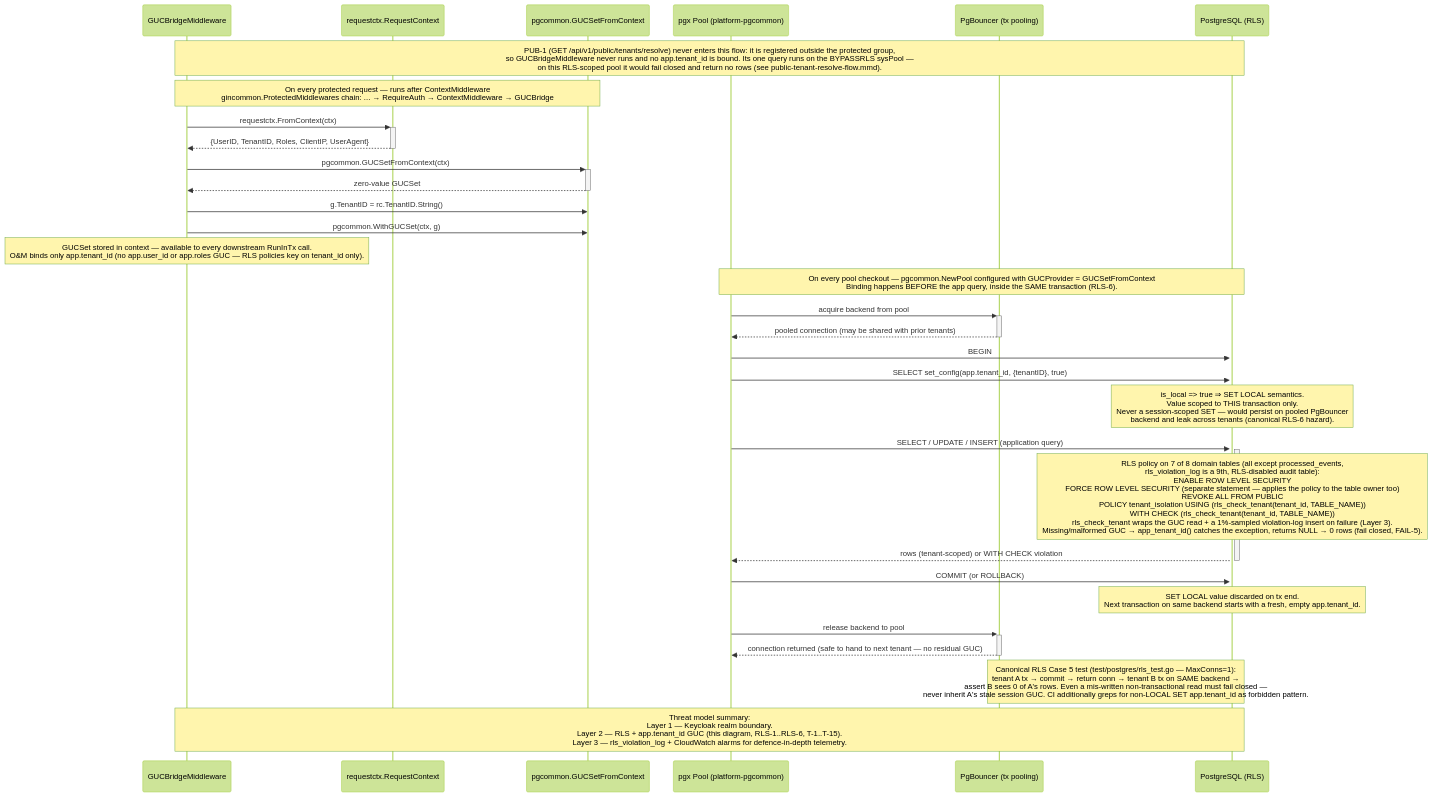
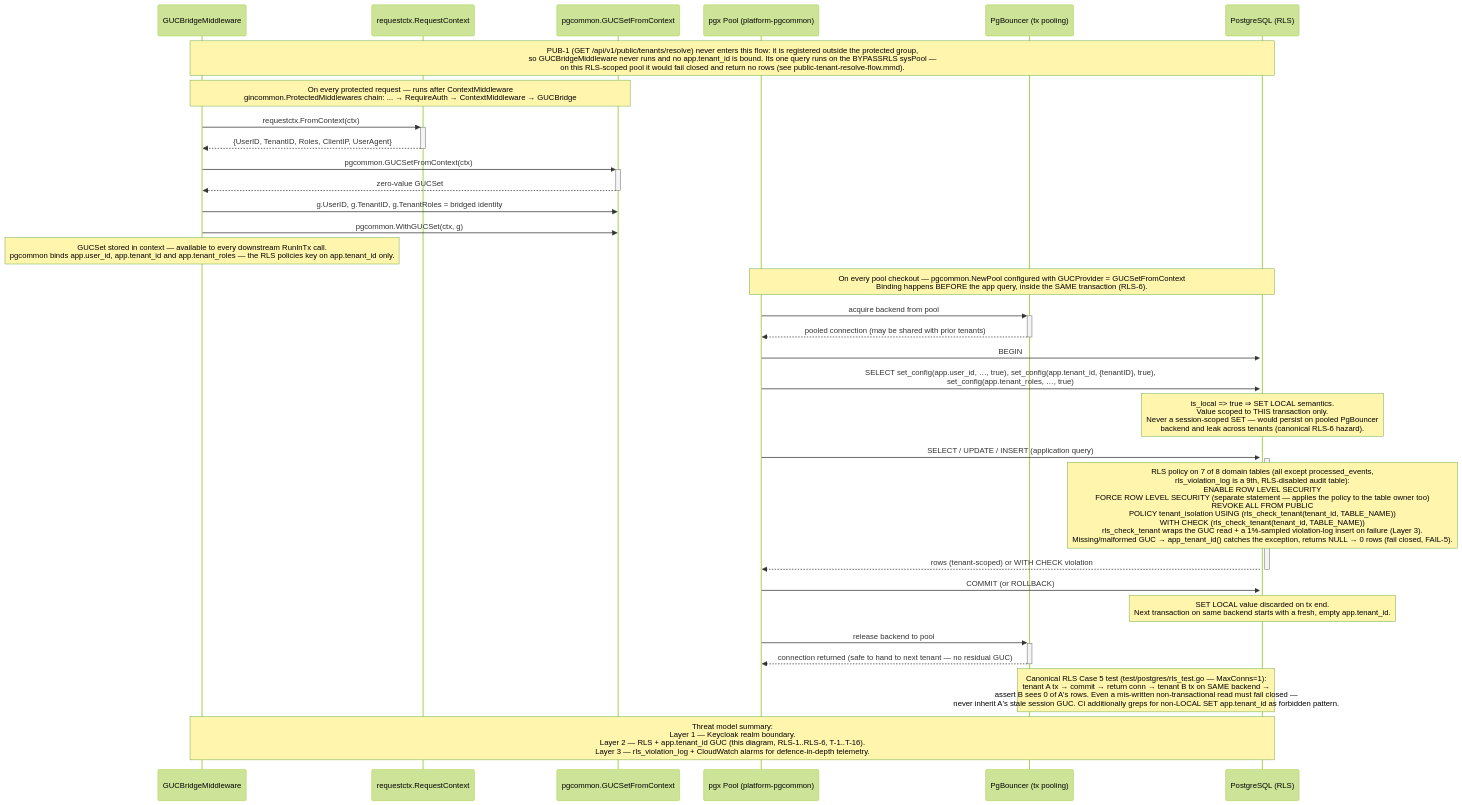
One commit to BCBP-SOLUTIONS-FZC-LLC/iam-org-membership changed diagram 12 of 13 in ARCHITECTURE.md. Above: the diagram before and after it, drawn with Mermaid (forest theme). The commit also changed other lines of this file and 190 other files, not shown here.

````diff
--- a/ARCHITECTURE.md
+++ b/ARCHITECTURE.md
@@ -984,47 +1066,47 @@
 ```mermaid
 sequenceDiagram
     participant MW as GUCBridgeMiddleware
     participant RC as requestctx.RequestContext
     participant GUC as pgcommon.GUCSetFromContext
     participant Pool as pgx Pool (platform-pgcommon)
     participant PGB as PgBouncer (tx pooling)
     participant DB as PostgreSQL (RLS)
 
     Note over MW,DB: PUB-1 (GET /api/v1/public/tenants/resolve) never enters this flow: it is registered outside the protected group,<br/>so GUCBridgeMiddleware never runs and no app.tenant_id is bound. Its one query runs on the BYPASSRLS sysPool —<br/>on this RLS-scoped pool it would fail closed and return no rows (see public-tenant-resolve-flow.mmd).
 
     Note over MW,GUC: On every protected request — runs after ContextMiddleware<br/>gincommon.ProtectedMiddlewares chain: ... → RequireAuth → ContextMiddleware → GUCBridge
 
     MW ->>+ RC: requestctx.FromContext(ctx)
     RC -->>- MW: {UserID, TenantID, Roles, ClientIP, UserAgent}
 
     MW ->>+ GUC: pgcommon.GUCSetFromContext(ctx)
     GUC -->>- MW: zero-value GUCSet
 
-    MW ->> GUC: g.TenantID = rc.TenantID.String()
+    MW ->> GUC: g.UserID, g.TenantID, g.TenantRoles = bridged identity
     MW ->> GUC: pgcommon.WithGUCSet(ctx, g)
-    Note over MW: GUCSet stored in context — available to every downstream RunInTx call.<br/>O&M binds only app.tenant_id (no app.user_id or app.roles GUC — RLS policies key on tenant_id only).
+    Note over MW: GUCSet stored in context — available to every downstream RunInTx call.<br/>pgcommon binds app.user_id, app.tenant_id and app.tenant_roles — the RLS policies key on app.tenant_id only.
 
     Note over Pool,DB: On every pool checkout — pgcommon.NewPool configured with GUCProvider = GUCSetFromContext<br/>Binding happens BEFORE the app query, inside the SAME transaction (RLS-6).
 
     Pool ->>+ PGB: acquire backend from pool
     PGB -->>- Pool: pooled connection (may be shared with prior tenants)
 
     Pool ->>+ DB: BEGIN
-    Pool ->>+ DB: SELECT set_config(app.tenant_id, {tenantID}, true)
+    Pool ->>+ DB: SELECT set_config(app.user_id, …, true), set_config(app.tenant_id, {tenantID}, true),<br/>set_config(app.tenant_roles, …, true)
     Note over DB: is_local => true ⇒ SET LOCAL semantics.<br/>Value scoped to THIS transaction only.<br/>Never a session-scoped SET — would persist on pooled PgBouncer<br/>backend and leak across tenants (canonical RLS-6 hazard).
 
     Pool ->>+ DB: SELECT / UPDATE / INSERT (application query)
     Note over DB: RLS policy on 7 of 8 domain tables (all except processed_events,<br/>rls_violation_log is a 9th, RLS-disabled audit table):<br/>  ENABLE ROW LEVEL SECURITY<br/>  FORCE ROW LEVEL SECURITY (separate statement — applies the policy to the table owner too)<br/>  REVOKE ALL FROM PUBLIC<br/>  POLICY tenant_isolation USING (rls_check_tenant(tenant_id, TABLE_NAME))<br/>                          WITH CHECK (rls_check_tenant(tenant_id, TABLE_NAME))<br/>rls_check_tenant wraps the GUC read + a 1%-sampled violation-log insert on failure (Layer 3).<br/>Missing/malformed GUC → app_tenant_id() catches the exception, returns NULL → 0 rows (fail closed, FAIL-5).
 
     DB -->>- Pool: rows (tenant-scoped) or WITH CHECK violation
 
     Pool ->>+ DB: COMMIT (or ROLLBACK)
     Note over DB: SET LOCAL value discarded on tx end.<br/>Next transaction on same backend starts with a fresh, empty app.tenant_id.
 
     Pool ->>+ PGB: release backend to pool
     PGB -->>- Pool: connection returned (safe to hand to next tenant — no residual GUC)
 
     Note over DB,PGB: Canonical RLS Case 5 test (test/postgres/rls_test.go — MaxConns=1):<br/>tenant A tx → commit → return conn → tenant B tx on SAME backend →<br/>assert B sees 0 of A's rows. Even a mis-written non-transactional read must fail closed —<br/>never inherit A's stale session GUC. CI additionally greps for non-LOCAL SET app.tenant_id as forbidden pattern.
 
-    Note over MW,DB: Threat model summary:<br/>Layer 1 — Keycloak realm boundary.<br/>Layer 2 — RLS + app.tenant_id GUC (this diagram, RLS-1..RLS-6, T-1..T-15).<br/>Layer 3 — rls_violation_log + CloudWatch alarms for defence-in-depth telemetry.
+    Note over MW,DB: Threat model summary:<br/>Layer 1 — Keycloak realm boundary.<br/>Layer 2 — RLS + app.tenant_id GUC (this diagram, RLS-1..RLS-6, T-1..T-16).<br/>Layer 3 — rls_violation_log + CloudWatch alarms for defence-in-depth telemetry.
 ```
````
